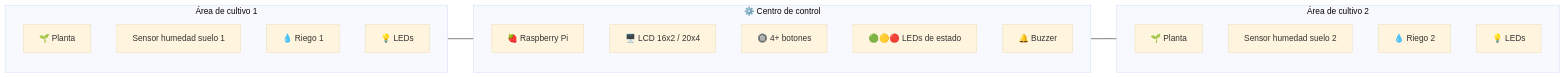
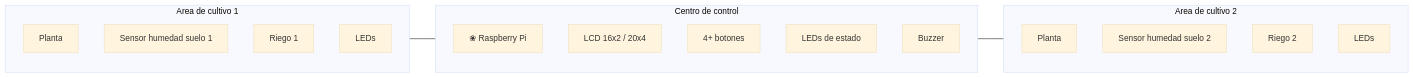
One commit to ricardious/ARQUI1V1S_G15 changed the third of 4 diagrams in Proyecto 2/README.md. Above: the diagram before and after it, drawn with Mermaid (base theme). The commit also changed other lines of this file and 4 other files, not shown here.

````diff
--- a/Proyecto 2/README.md
+++ b/Proyecto 2/README.md
@@ -85,29 +185,29 @@
 ```mermaid
 flowchart LR
-    subgraph A1["Área de cultivo 1"]
+    subgraph A1["Area de cultivo 1"]
         direction TB
-        P1["🌱 Planta"]
+        P1["Planta"]
         HS1["Sensor humedad suelo 1"]
-        R1["💧 Riego 1"]
-        L1["💡 LEDs"]
+        R1["Riego 1"]
+        L1["LEDs"]
     end
 
-    subgraph CC["⚙️ Centro de control"]
+    subgraph CC["Centro de control"]
         direction TB
-        RPI["🍓 Raspberry Pi"]
-        LCD["🖥️ LCD 16x2 / 20x4"]
-        BTNS["🔘 4+ botones"]
-        LEDS["🟢🟡🔴 LEDs de estado"]
-        BUZ["🔔 Buzzer"]
+        RPI["❀ Raspberry Pi"]
+        LCD["LCD 16x2 / 20x4"]
+        BTNS["4+ botones"]
+        LEDS["LEDs de estado"]
+        BUZ["Buzzer"]
     end
 
-    subgraph A2["Área de cultivo 2"]
+    subgraph A2["Area de cultivo 2"]
         direction TB
-        P2["🌱 Planta"]
+        P2["Planta"]
         HS2["Sensor humedad suelo 2"]
-        R2["💧 Riego 2"]
-        L2["💡 LEDs"]
+        R2["Riego 2"]
+        L2["LEDs"]
     end
 
     A1 --- CC --- A2
 ```
````
